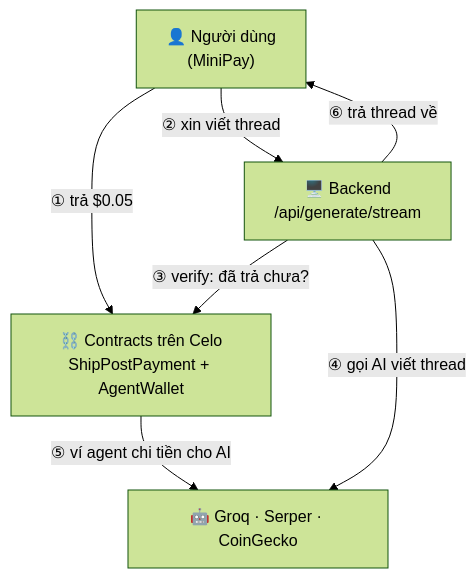
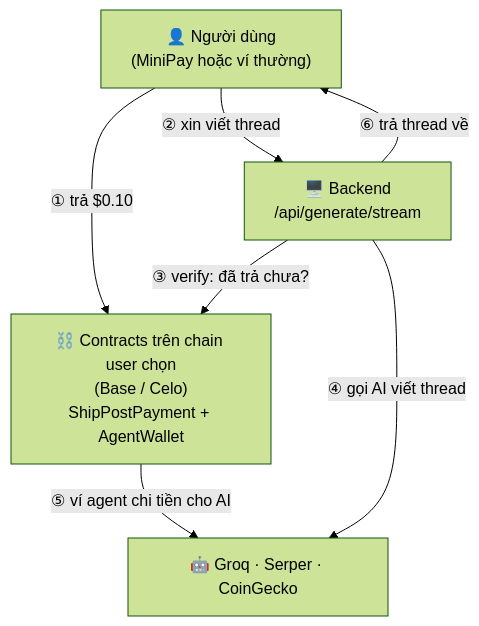
One commit to hms1499/shippost changed the first of 13 diagrams in docs/ARCHITECTURE.md. Above: the diagram before and after it, drawn with Mermaid (forest theme). The commit also changed other lines of this file and 8 other files, not shown here.

````diff
--- a/docs/ARCHITECTURE.md
+++ b/docs/ARCHITECTURE.md
@@ -27,14 +28,14 @@
 ```mermaid
 flowchart TB
-    User["👤 Người dùng<br/>(MiniPay)"]
-    Chain["⛓️ Contracts trên Celo<br/>ShipPostPayment + AgentWallet"]
+    User["👤 Người dùng<br/>(MiniPay hoặc ví thường)"]
+    Chain["⛓️ Contracts trên chain user chọn<br/>(Base / Celo)<br/>ShipPostPayment + AgentWallet"]
     Backend["🖥️ Backend<br/>/api/generate/stream"]
     AI["🤖 Groq · Serper · CoinGecko"]
 
-    User -->|"① trả $0.05"| Chain
+    User -->|"① trả $0.10"| Chain
     User -->|"② xin viết thread"| Backend
     Backend -->|"③ verify: đã trả chưa?"| Chain
     Backend -->|"④ gọi AI viết thread"| AI
     Chain -->|"⑤ ví agent chi tiền cho AI"| AI
     Backend -->|"⑥ trả thread về"| User
 ```
````
